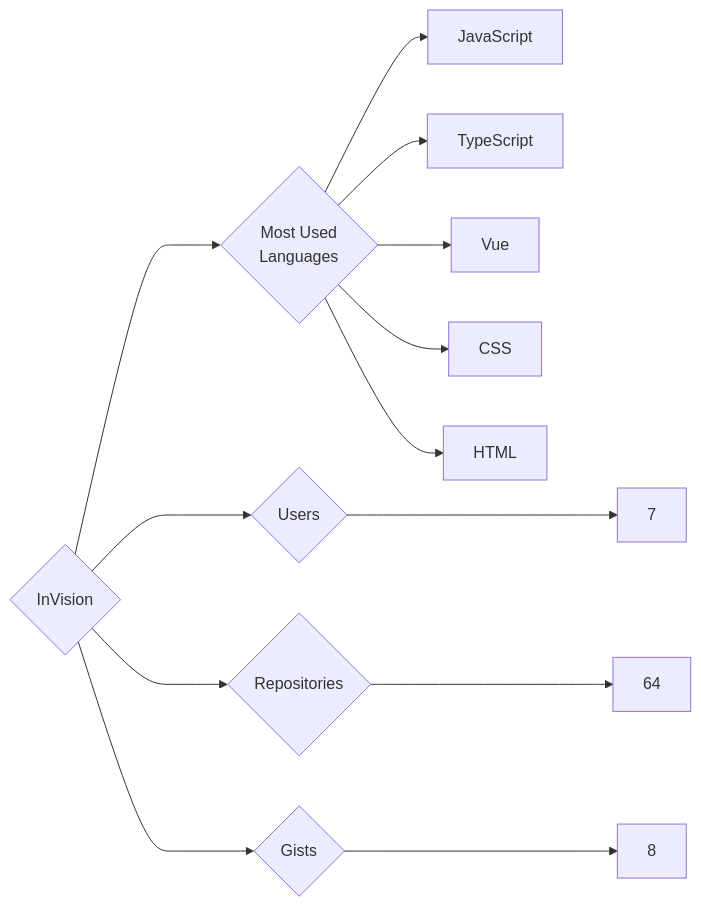
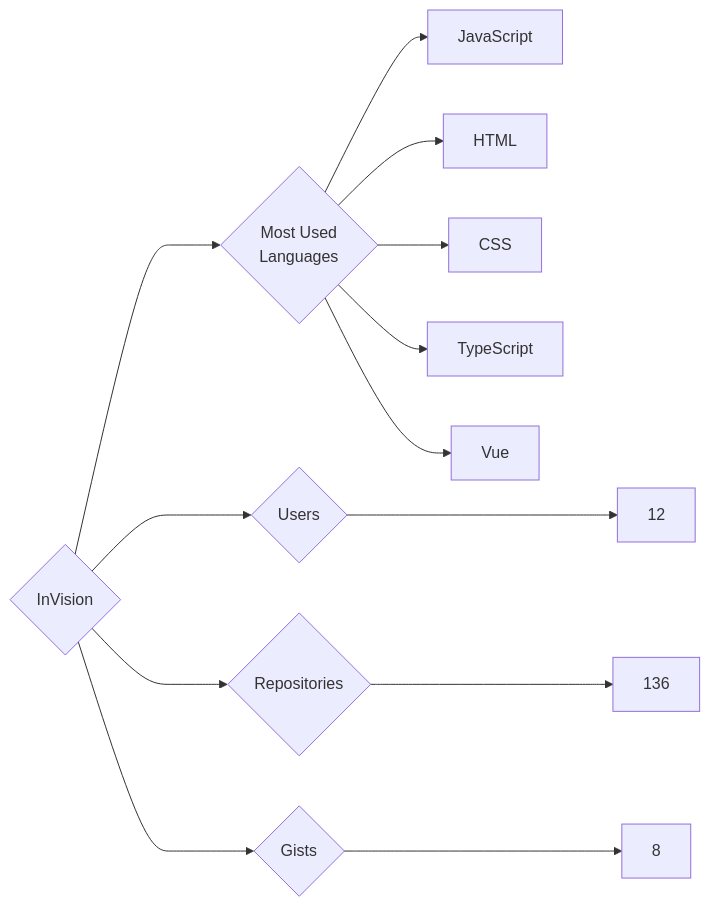
One commit to trickest/insiders changed the diagram in targets/InVision/README.md. Above: the diagram before and after it, drawn with Mermaid. The commit also changed 1314 other files, not shown here.

````diff
--- a/targets/InVision/README.md
+++ b/targets/InVision/README.md
@@ -3,13 +3,13 @@
 ```mermaid
 graph LR
 COMPANY_NAME{InVision}
-COMPANY_NAME ---> U{Users} ---> UN[7]
-COMPANY_NAME ---> R{Repositories} ---> RN[64]
+COMPANY_NAME ---> U{Users} ---> UN[12]
+COMPANY_NAME ---> R{Repositories} ---> RN[136]
 COMPANY_NAME ---> G{Gists} ---> GN[8]
 COMPANY_NAME ---> ML{Most Used<br>Languages}
 ML --> JavaScript[JavaScript]
+ML --> HTML[HTML]
+ML --> CSS[CSS]
 ML --> TypeScript[TypeScript]
 ML --> Vue[Vue]
-ML --> CSS[CSS]
-ML --> HTML[HTML]
 ```
````
